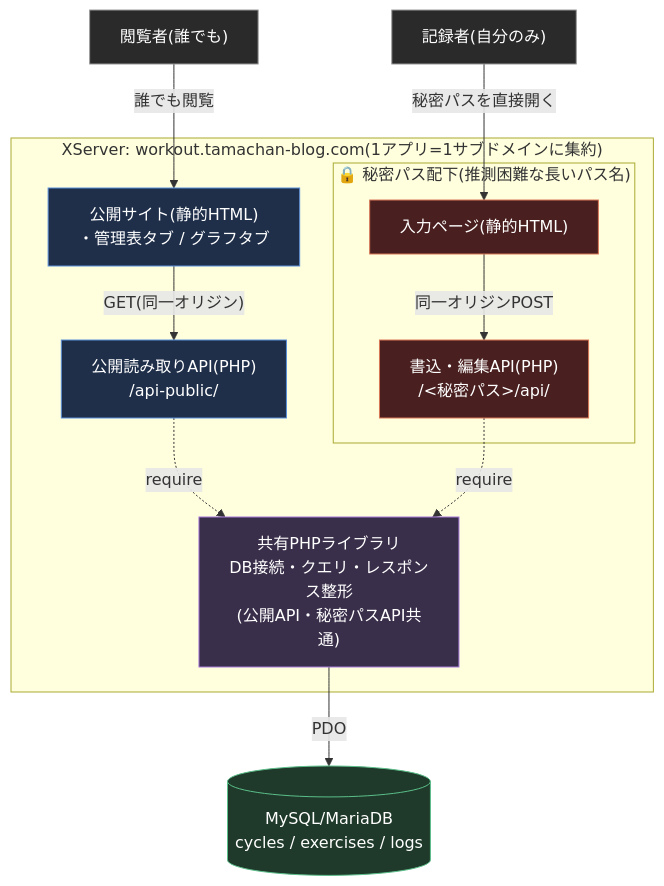
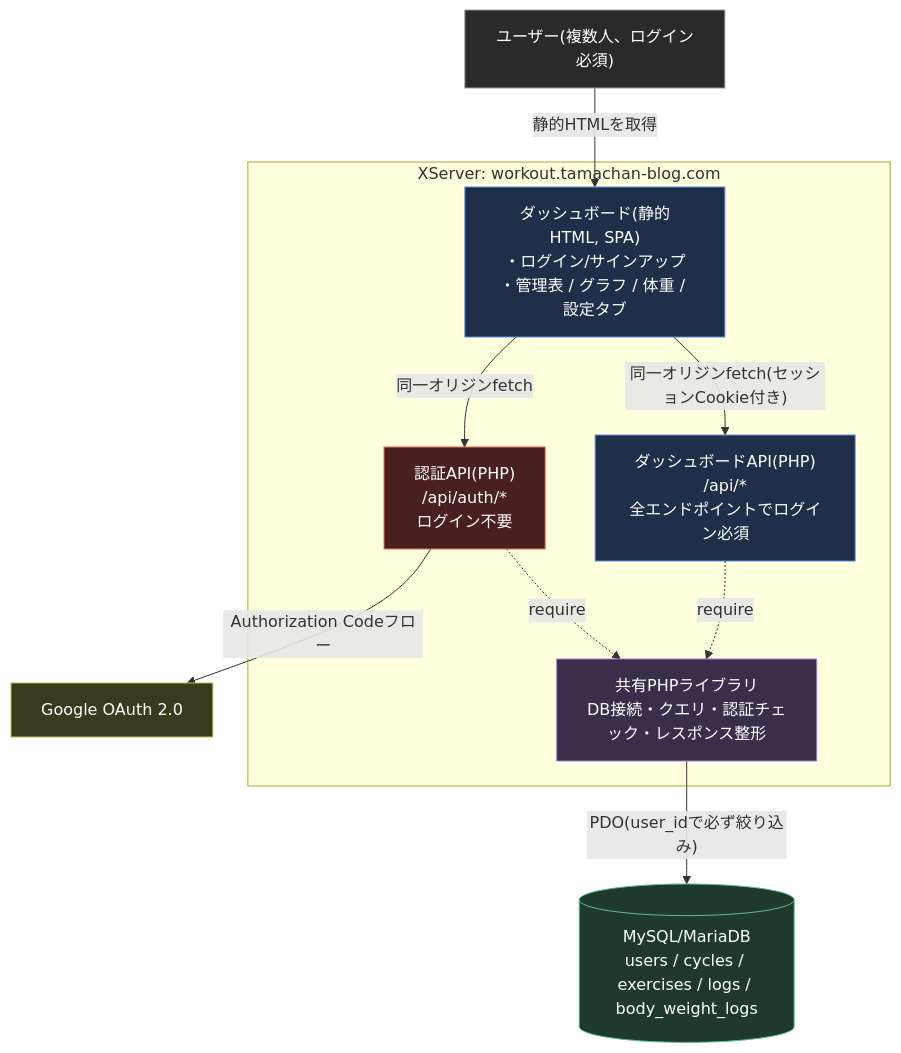
The diagram in docs/architecture.md (tamatyan1111/workout), drawn with Mermaid before and after one commit. The commit also changed other lines of this file and 3 other files, not shown here.

````diff
--- a/docs/architecture.md
+++ b/docs/architecture.md
@@ -12,40 +12,36 @@
 ```mermaid
 flowchart TD
-    Viewer["閲覧者(誰でも)"]
-    Recorder["記録者(自分のみ)"]
+    User["ユーザー(複数人、ログイン必須)"]
+    Google["Google OAuth 2.0"]
 
-    subgraph xserver["XServer: workout.tamachan-blog.com(1アプリ=1サブドメインに集約)"]
-        PublicSite["公開サイト(静的HTML)<br/>・管理表タブ / グラフタブ"]
-        PublicAPI["公開読み取りAPI(PHP)<br/>/api-public/"]
-
-        subgraph secret["🔒 秘密パス配下(推測困難な長いパス名)"]
-            InputPage["入力ページ(静的HTML)"]
-            SecretAPI["書込・編集API(PHP)<br/>/&lt;秘密パス&gt;/api/"]
-        end
-
-        Shared["共有PHPライブラリ<br/>DB接続・クエリ・レスポンス整形<br/>(公開API・秘密パスAPI共通)"]
+    subgraph xserver["XServer: workout.tamachan-blog.com"]
+        Dashboard["ダッシュボード(静的HTML, SPA)<br/>・ログイン/サインアップ<br/>・管理表 / グラフ / 体重 / 設定タブ"]
+        AuthAPI["認証API(PHP)<br/>/api/auth/*<br/>ログイン不要"]
+        API["ダッシュボードAPI(PHP)<br/>/api/*<br/>全エンドポイントでログイン必須"]
+        Shared["共有PHPライブラリ<br/>DB接続・クエリ・認証チェック・レスポンス整形"]
     end
 
-    DB[("MySQL/MariaDB<br/>cycles / exercises / logs")]
+    DB[("MySQL/MariaDB<br/>users / cycles / exercises / logs / body_weight_logs")]
 
-    Viewer -- "誰でも閲覧" --> PublicSite
-    PublicSite -- "GET(同一オリジン)" --> PublicAPI
-    Recorder -- "秘密パスを直接開く" --> InputPage
-    InputPage -- "同一オリジンPOST" --> SecretAPI
+    User -- "静的HTMLを取得" --> Dashboard
+    Dashboard -- "同一オリジンfetch" --> AuthAPI
+    Dashboard -- "同一オリジンfetch(セッションCookie付き)" --> API
+    AuthAPI -- "Authorization Codeフロー" --> Google
+    AuthAPI -.require.-> Shared
+    API -.require.-> Shared
+    Shared -- "PDO(user_idで必ず絞り込み)" --> DB
 
-    PublicAPI -.require.-> Shared
-    SecretAPI -.require.-> Shared
-    Shared -- PDO --> DB
-
-    classDef secretNode fill:#4a1f1f,stroke:#d97757,color:#fff
-    classDef publicNode fill:#1f2f4a,stroke:#5b8fd9,color:#fff
+    classDef authNode fill:#4a1f1f,stroke:#d97757,color:#fff
+    classDef appNode fill:#1f2f4a,stroke:#5b8fd9,color:#fff
     classDef dataNode fill:#1f3a2a,stroke:#5bbf8a,color:#fff
     classDef actor fill:#2a2a2a,stroke:#999,color:#fff
     classDef sharedNode fill:#3a2f4a,stroke:#a679d9,color:#fff
+    classDef externalNode fill:#3a3a1f,stroke:#c9b458,color:#fff
 
-    class InputPage,SecretAPI secretNode
-    class PublicSite,PublicAPI publicNode
+    class AuthAPI authNode
+    class Dashboard,API appNode
     class DB dataNode
     class Shared sharedNode
-    class Recorder,Viewer actor
+    class User actor
+    class Google externalNode
 ```
````
